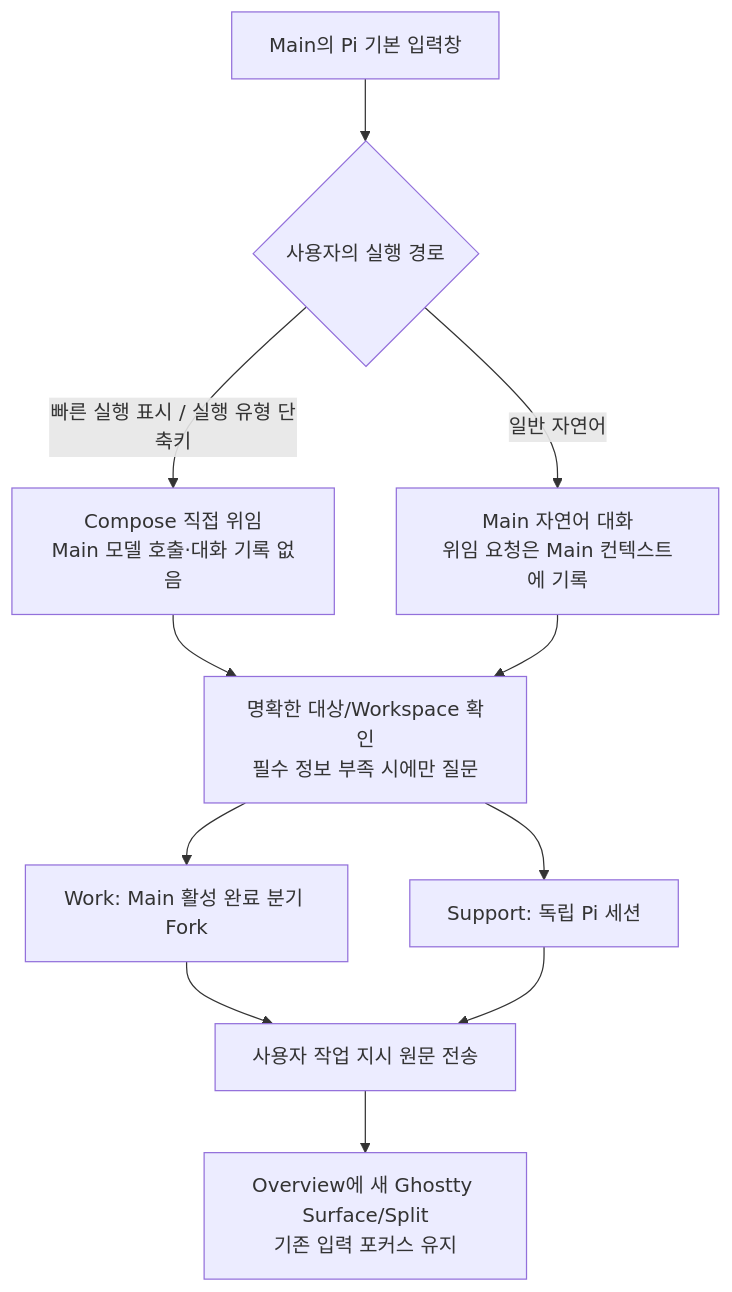
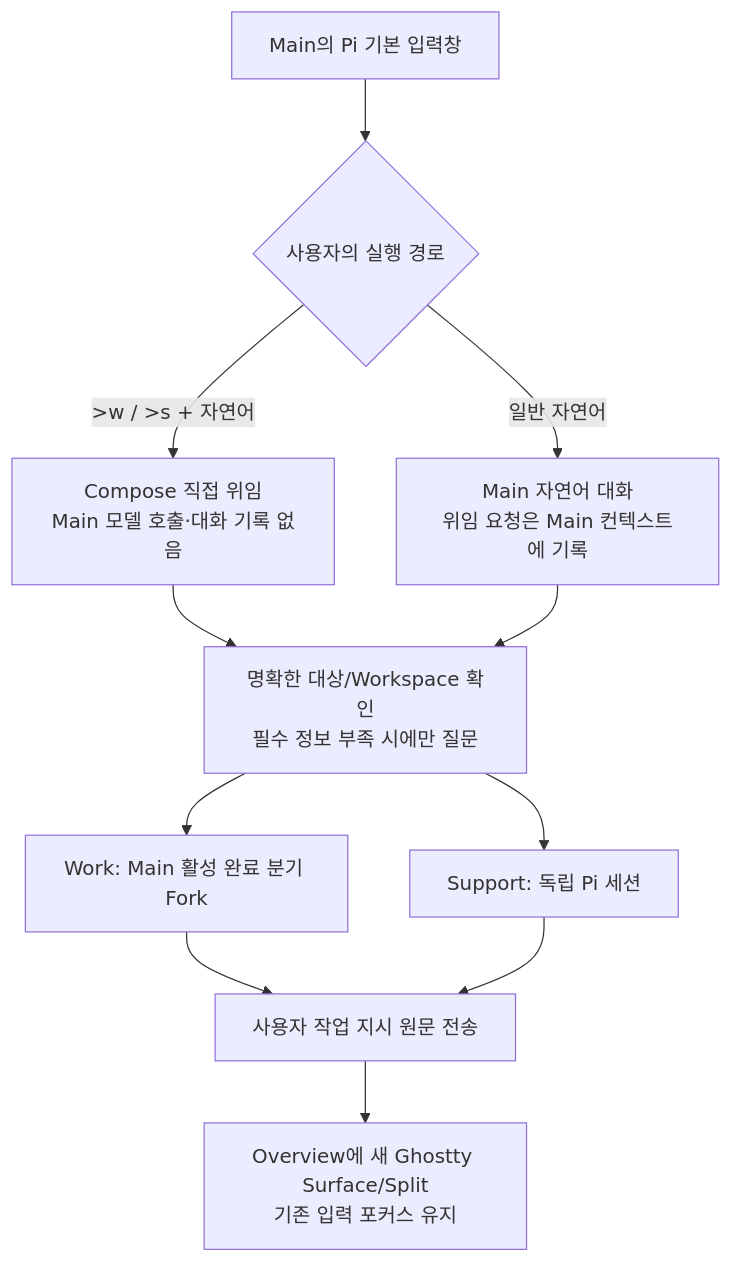
Before and after one commit to SEONGMINY/pi-compose: the second of 3 diagrams in docs/ARCHITECTURE.md, drawn with Mermaid. The commit also changed other lines of this file, not shown here.

````diff
--- a/docs/ARCHITECTURE.md
+++ b/docs/ARCHITECTURE.md
@@ -55,22 +55,22 @@
 ```mermaid
 flowchart TD
     I["Main의 Pi 기본 입력창"]
     Q{"사용자의 실행 경로"}
     D["Compose 직접 위임\nMain 모델 호출·대화 기록 없음"]
     N["Main 자연어 대화\n위임 요청은 Main 컨텍스트에 기록"]
     R["명확한 대상/Workspace 확인\n필수 정보 부족 시에만 질문"]
     W["Work: Main 활성 완료 분기 Fork"]
     S["Support: 독립 Pi 세션"]
     P["사용자 작업 지시 원문 전송"]
     G["Overview에 새 Ghostty Surface/Split\n기존 입력 포커스 유지"]
     I --> Q
-    Q -->|"빠른 실행 표시 / 실행 유형 단축키"| D
+    Q -->|">w / >s + 자연어"| D
     Q -->|"일반 자연어"| N
     D --> R
     N --> R
     R --> W
     R --> S
     W --> P
     S --> P
     P --> G
 ```
````
